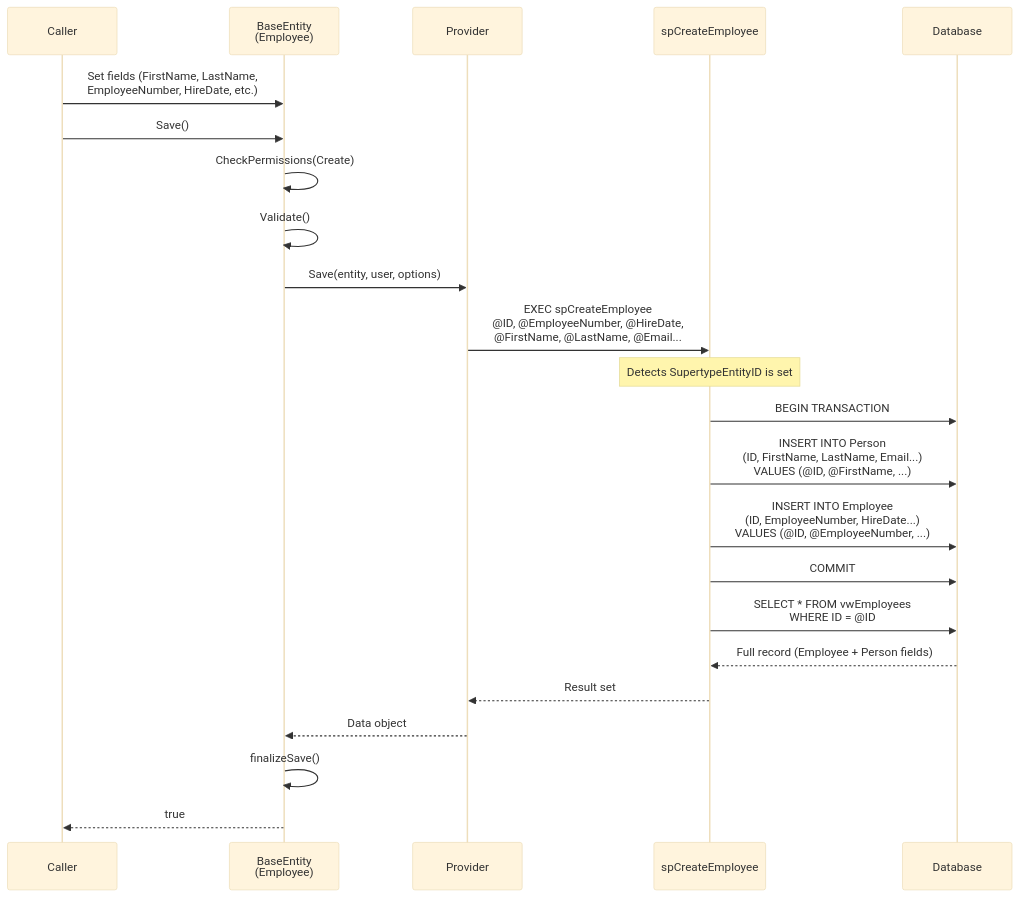
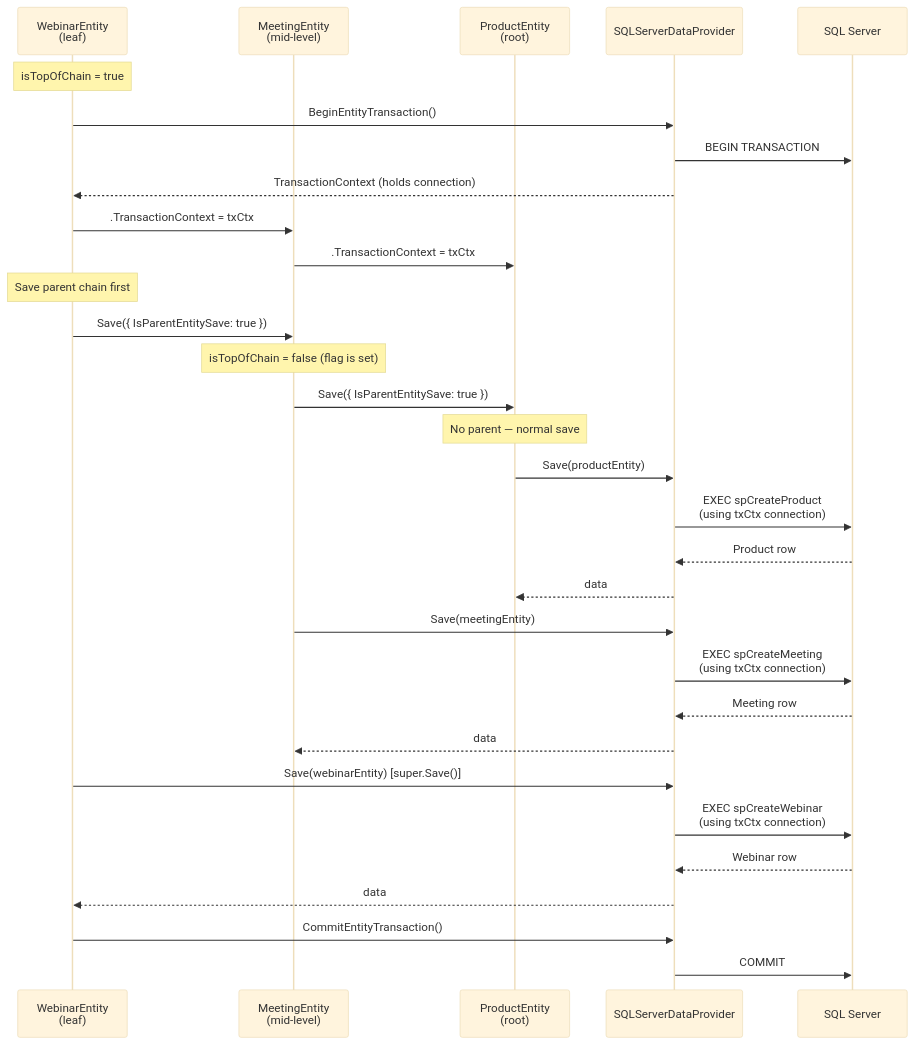
One commit to MemberJunction/MJ changed the sixth of 10 diagrams in plans/entity-system-enhancements-virtual-and-supertype.md. Above: the diagram before and after it, drawn with Mermaid (base theme). The commit also changed other lines of this file, not shown here.

First line of the commit message:
Comprehensive revision: ORM composition, ParentID reuse, client/server orchestration

````diff
--- a/plans/entity-system-enhancements-virtual-and-supertype.md
+++ b/plans/entity-system-enhancements-virtual-and-supertype.md
@@ -477,31 +839,40 @@
 ```mermaid
 sequenceDiagram
-    participant Caller
-    participant EmployeeEntity as BaseEntity<br/>(Employee)
-    participant Provider
-    participant spCreate as spCreateEmployee
-    participant DB as Database
+    participant Webinar as WebinarEntity<br/>(leaf)
+    participant Meeting as MeetingEntity<br/>(mid-level)
+    participant Product as ProductEntity<br/>(root)
+    participant Provider as SQLServerDataProvider
+    participant DB as SQL Server
 
-    Caller->>EmployeeEntity: Set fields (FirstName, LastName,<br/>EmployeeNumber, HireDate, etc.)
-    Caller->>EmployeeEntity: Save()
+    Note over Webinar: isTopOfChain = true
+    Webinar->>Provider: BeginEntityTransaction()
+    Provider->>DB: BEGIN TRANSACTION
+    Provider-->>Webinar: TransactionContext (holds connection)
 
-    EmployeeEntity->>EmployeeEntity: CheckPermissions(Create)
-    EmployeeEntity->>EmployeeEntity: Validate()
-    EmployeeEntity->>Provider: Save(entity, user, options)
+    Webinar->>Meeting: .TransactionContext = txCtx
+    Meeting->>Product: .TransactionContext = txCtx
 
-    Provider->>spCreate: EXEC spCreateEmployee<br/>@ID, @EmployeeNumber, @HireDate,<br/>@FirstName, @LastName, @Email...
+    Note over Webinar: Save parent chain first
 
-    Note over spCreate: Detects SupertypeEntityID is set
+    Webinar->>Meeting: Save({ IsParentEntitySave: true })
+    Note over Meeting: isTopOfChain = false (flag is set)
+    Meeting->>Product: Save({ IsParentEntitySave: true })
+    Note over Product: No parent — normal save
+    Product->>Provider: Save(productEntity)
+    Provider->>DB: EXEC spCreateProduct<br/>(using txCtx connection)
+    DB-->>Provider: Product row
+    Provider-->>Product: data
 
-    spCreate->>DB: BEGIN TRANSACTION
-    spCreate->>DB: INSERT INTO Person<br/>(ID, FirstName, LastName, Email...)<br/>VALUES (@ID, @FirstName, ...)
-    spCreate->>DB: INSERT INTO Employee<br/>(ID, EmployeeNumber, HireDate...)<br/>VALUES (@ID, @EmployeeNumber, ...)
-    spCreate->>DB: COMMIT
-    spCreate->>DB: SELECT * FROM vwEmployees<br/>WHERE ID = @ID
+    Meeting->>Provider: Save(meetingEntity)
+    Provider->>DB: EXEC spCreateMeeting<br/>(using txCtx connection)
+    DB-->>Provider: Meeting row
+    Provider-->>Meeting: data
 
-    DB-->>spCreate: Full record (Employee + Person fields)
-    spCreate-->>Provider: Result set
-    Provider-->>EmployeeEntity: Data object
-    EmployeeEntity->>EmployeeEntity: finalizeSave()
-    EmployeeEntity-->>Caller: true
+    Webinar->>Provider: Save(webinarEntity) [super.Save()]
+    Provider->>DB: EXEC spCreateWebinar<br/>(using txCtx connection)
+    DB-->>Provider: Webinar row
+    Provider-->>Webinar: data
+
+    Webinar->>Provider: CommitEntityTransaction()
+    Provider->>DB: COMMIT
 ```
````
